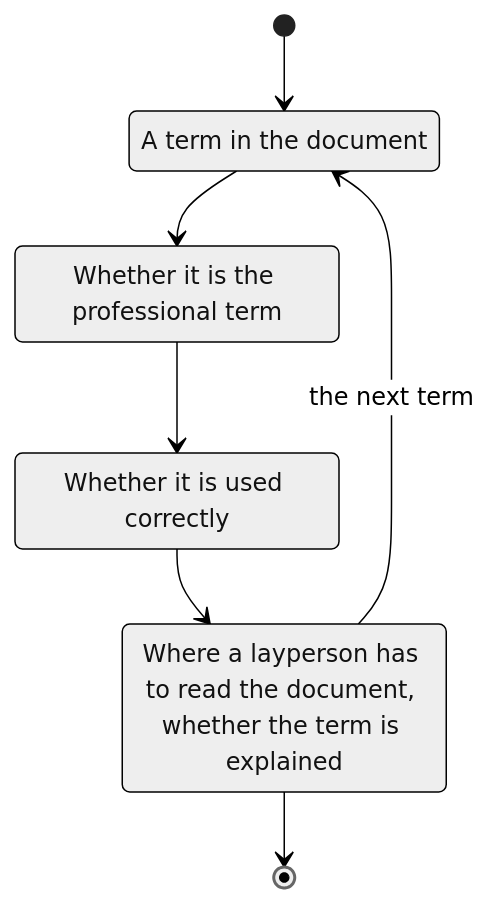
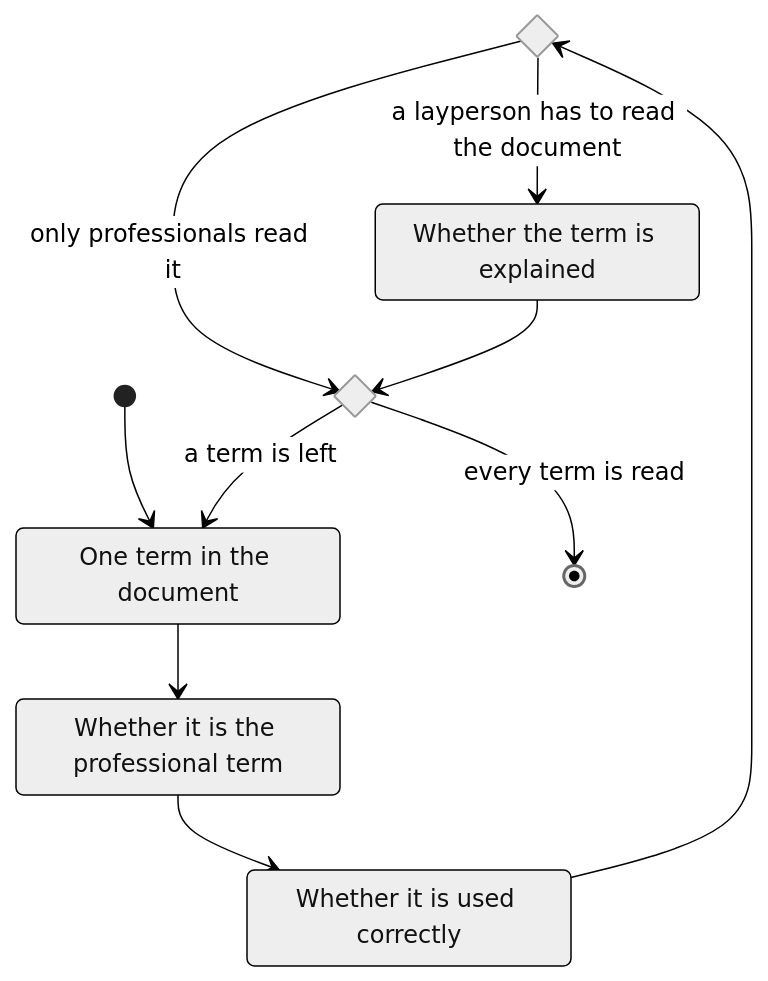
Before and after one commit to evidlabel/skills: the diagram in analysis/psychology/professionalism/index.md, drawn with Mermaid (neutral theme). The commit also changed 23 other files, not shown here.

````diff
--- a/analysis/psychology/professionalism/index.md
+++ b/analysis/psychology/professionalism/index.md
@@ -10,14 +10,19 @@
 ```mermaid
 stateDiagram-v2
-  state "A term in the document" as Term
+  state Reader <<choice>>
+  state Next <<choice>>
+  state "One term in the document" as Term
   state "Whether it is the professional term" as Professional
   state "Whether it is used correctly" as Used
-  state "Where a layperson has to read the document, whether the term is explained" as Lay
+  state "Whether the term is explained" as Lay
 
   [*] --> Term
   Term --> Professional
   Professional --> Used
-  Used --> Lay
-  Lay --> Term: the next term
-  Lay --> [*]
+  Used --> Reader
+  Reader --> Lay: a layperson has to read the document
+  Reader --> Next: only professionals read it
+  Lay --> Next
+  Next --> Term: a term is left
+  Next --> [*]: every term is read
 ```
````
